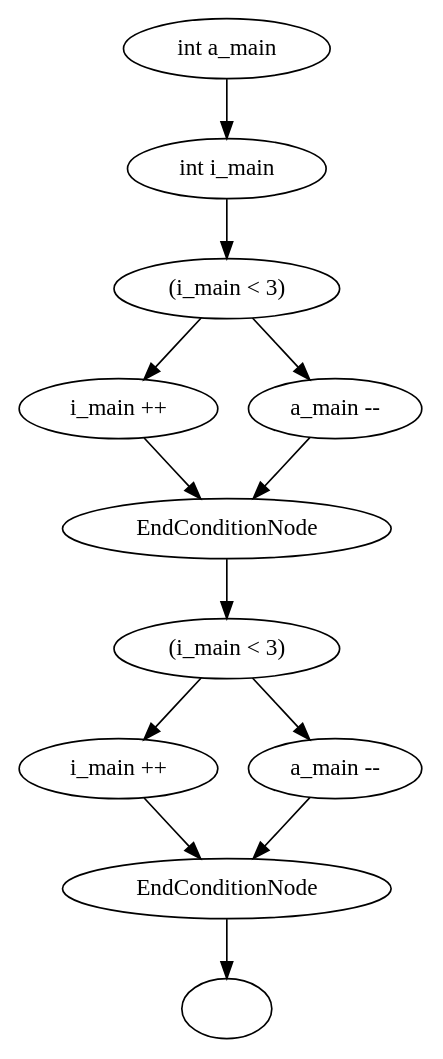
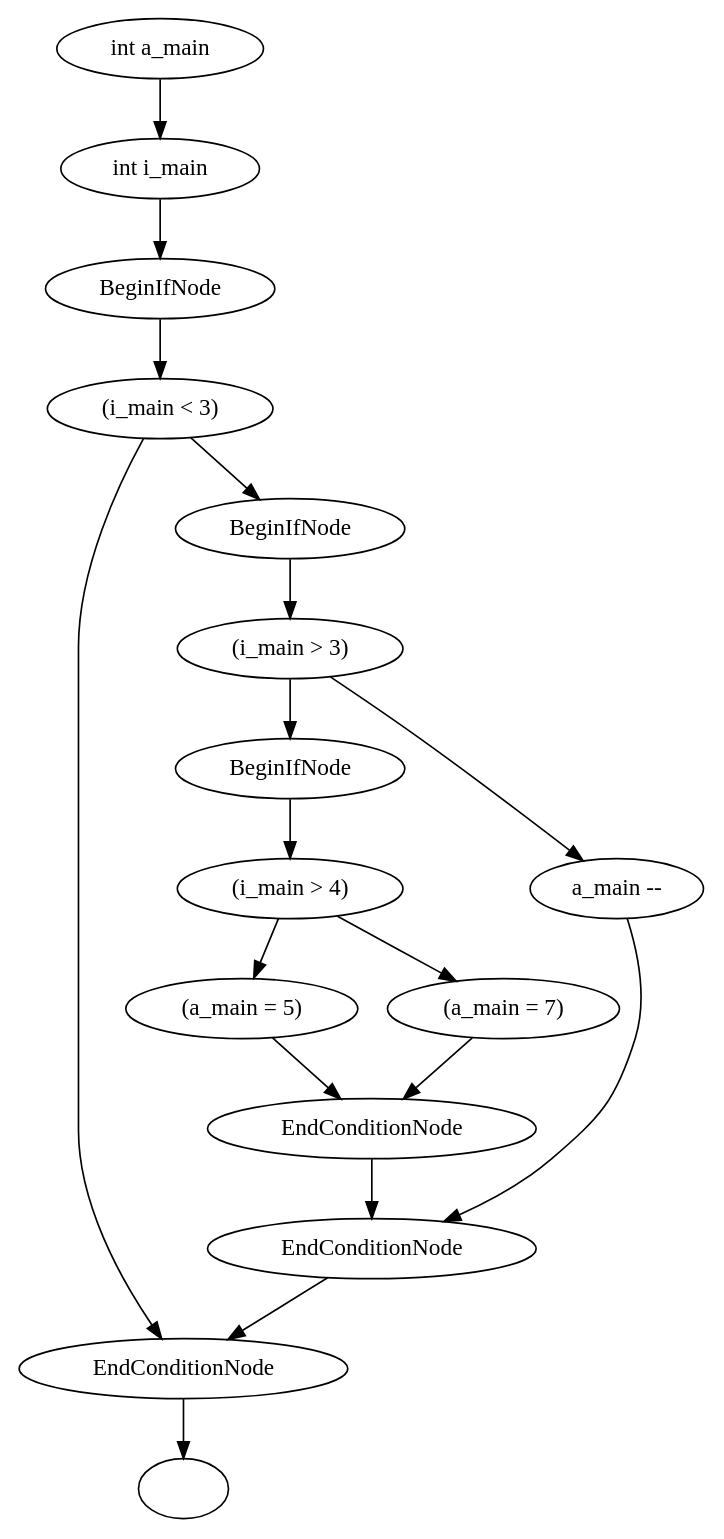
Before and after one commit to vananhnt/Vtse-VerificationTool: the diagram in graph.dot, drawn with Graphviz. The commit also changed 3 other files, not shown here.

```diff
--- a/graph.dot
+++ b/graph.dot
@@ -1,14 +1,53 @@
 digraph {
-"int a_main 1340565491" -> "int i_main 671467883""int a_main 1340565491" [ label="int a_main "]"int i_main 671467883" [ label="int i_main "];
-"int i_main 671467883" -> "(i_main < 3)407697359""int i_main 671467883" [ label="int i_main "]"(i_main < 3)407697359" [ label="(i_main < 3)"];
-"(i_main < 3)407697359" -> "i_main ++802600647""(i_main < 3)407697359" [ label="(i_main < 3)"]"i_main ++802600647" [ label="i_main ++"];
-"(i_main < 3)407697359" -> "a_main --1543148593""(i_main < 3)407697359" [ label="(i_main < 3)"]"a_main --1543148593" [ label="a_main --"];
-"i_main ++802600647" -> "EndConditionNode_11571967156""i_main ++802600647" [ label="i_main ++"]"EndConditionNode_11571967156" [ label="EndConditionNode"];
-"a_main --1543148593" -> "EndConditionNode_11571967156""a_main --1543148593" [ label="a_main --"]"EndConditionNode_11571967156" [ label="EndConditionNode"];
-"EndConditionNode_11571967156" -> "(i_main < 3)574568002""EndConditionNode_11571967156" [ label="EndConditionNode"]"(i_main < 3)574568002" [ label="(i_main < 3)"];
-"(i_main < 3)574568002" -> "i_main ++952486988""(i_main < 3)574568002" [ label="(i_main < 3)"]"i_main ++952486988" [ label="i_main ++"];
-"(i_main < 3)574568002" -> "a_main --932285561""(i_main < 3)574568002" [ label="(i_main < 3)"]"a_main --932285561" [ label="a_main --"];
-"i_main ++952486988" -> "EndConditionNode_22028555727""i_main ++952486988" [ label="i_main ++"]"EndConditionNode_22028555727" [ label="EndConditionNode"];
-"a_main --932285561" -> "EndConditionNode_22028555727""a_main --932285561" [ label="a_main --"]"EndConditionNode_22028555727" [ label="EndConditionNode"];
-"EndConditionNode_22028555727" -> "591391158""EndConditionNode_22028555727" [ label="EndConditionNode"]"591391158" [ label=""];
+"int a_main 671467883" -> "int i_main 407697359";
+"int a_main 671467883" [ label="int a_main "];
+"int i_main 407697359" [ label="int i_main "];
+"int i_main 407697359" -> "802600647";
+"int i_main 407697359" [ label="int i_main "];
+"802600647" [ label="BeginIfNode"];
+"802600647" -> "(i_main < 3)1543148593";
+"802600647" [ label="BeginIfNode"];
+"(i_main < 3)1543148593" [ label="(i_main < 3)"];
+"(i_main < 3)1543148593" -> "1571967156";
+"(i_main < 3)1543148593" [ label="(i_main < 3)"];
+"1571967156" [ label="EndConditionNode"];
+"(i_main < 3)1543148593" -> "574568002";
+"(i_main < 3)1543148593" [ label="(i_main < 3)"];
+"574568002" [ label="BeginIfNode"];
+"574568002" -> "(i_main > 3)952486988";
+"574568002" [ label="BeginIfNode"];
+"(i_main > 3)952486988" [ label="(i_main > 3)"];
+"(i_main > 3)952486988" -> "932285561";
+"(i_main > 3)952486988" [ label="(i_main > 3)"];
+"932285561" [ label="BeginIfNode"];
+"(i_main > 3)952486988" -> "a_main --2028555727";
+"(i_main > 3)952486988" [ label="(i_main > 3)"];
+"a_main --2028555727" [ label="a_main --"];
+"932285561" -> "(i_main > 4)591391158";
+"932285561" [ label="BeginIfNode"];
+"(i_main > 4)591391158" [ label="(i_main > 4)"];
+"(i_main > 4)591391158" -> "(a_main = 5)898557489";
+"(i_main > 4)591391158" [ label="(i_main > 4)"];
+"(a_main = 5)898557489" [ label="(a_main = 5)"];
+"(i_main > 4)591391158" -> "(a_main = 7)247944893";
+"(i_main > 4)591391158" [ label="(i_main > 4)"];
+"(a_main = 7)247944893" [ label="(a_main = 7)"];
+"(a_main = 5)898557489" -> "1014166943";
+"(a_main = 5)898557489" [ label="(a_main = 5)"];
+"1014166943" [ label="EndConditionNode"];
+"(a_main = 7)247944893" -> "1014166943";
+"(a_main = 7)247944893" [ label="(a_main = 7)"];
+"1014166943" [ label="EndConditionNode"];
+"1014166943" -> "1625082366";
+"1014166943" [ label="EndConditionNode"];
+"1625082366" [ label="EndConditionNode"];
+"a_main --2028555727" -> "1625082366";
+"a_main --2028555727" [ label="a_main --"];
+"1625082366" [ label="EndConditionNode"];
+"1625082366" -> "1571967156";
+"1625082366" [ label="EndConditionNode"];
+"1571967156" [ label="EndConditionNode"];
+"1571967156" -> "572593338";
+"1571967156" [ label="EndConditionNode"];
+"572593338" [ label=""];
 }
```
